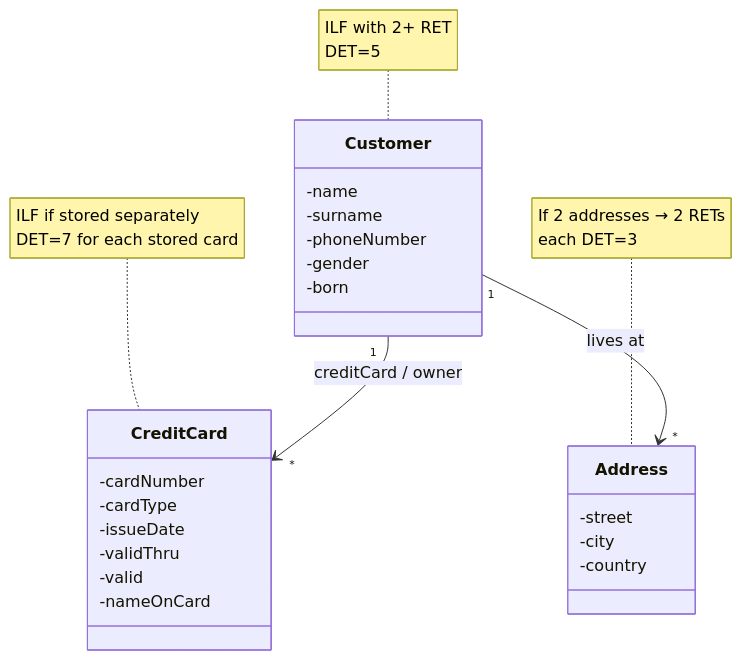
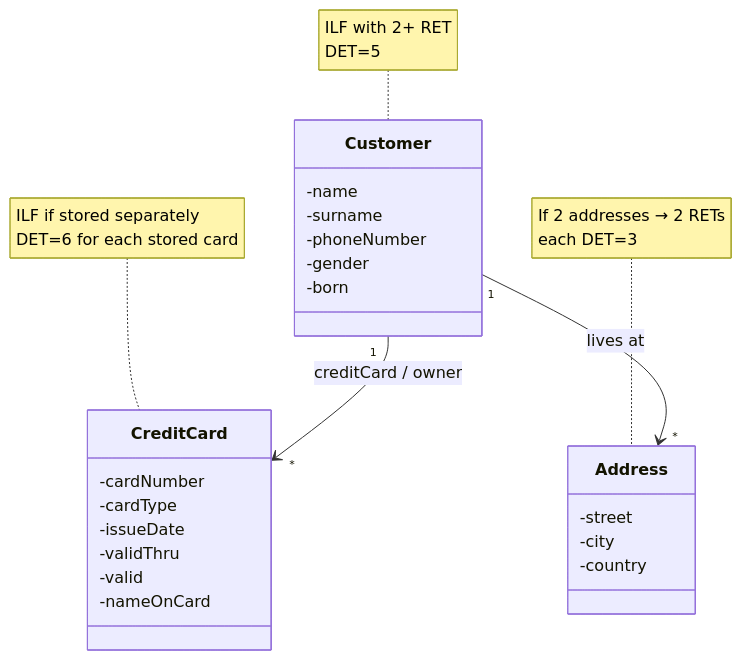
One commit to msdbok/msdbok.github.io changed the fifth of 11 diagrams in content/scope/estimates/fpa_explained.md. Above: the diagram before and after it, drawn with Mermaid. The commit also changed other lines of this file, not shown here.

````diff
--- a/content/scope/estimates/fpa_explained.md
+++ b/content/scope/estimates/fpa_explained.md
@@ -98,29 +98,29 @@
 ```mermaid
 classDiagram
 class Customer {
   -name
   -surname
   -phoneNumber
   -gender
   -born
 }
 class CreditCard {
   -cardNumber
   -cardType
   -issueDate
   -validThru
   -valid
   -nameOnCard
 }
 class Address {
   -street
   -city
   -country
 }
 Customer "1" --> "*" CreditCard : creditCard / owner
 Customer "1" --> "*" Address : lives at
 
 note for Customer "ILF with 2+ RET<br>DET=5"
 note for Address "If 2 addresses → 2 RETs<br>each DET=3"
-note for CreditCard "ILF if stored separately<br>DET=7 for each stored card"
+note for CreditCard "ILF if stored separately<br>DET=6 for each stored card"
 ```
````
